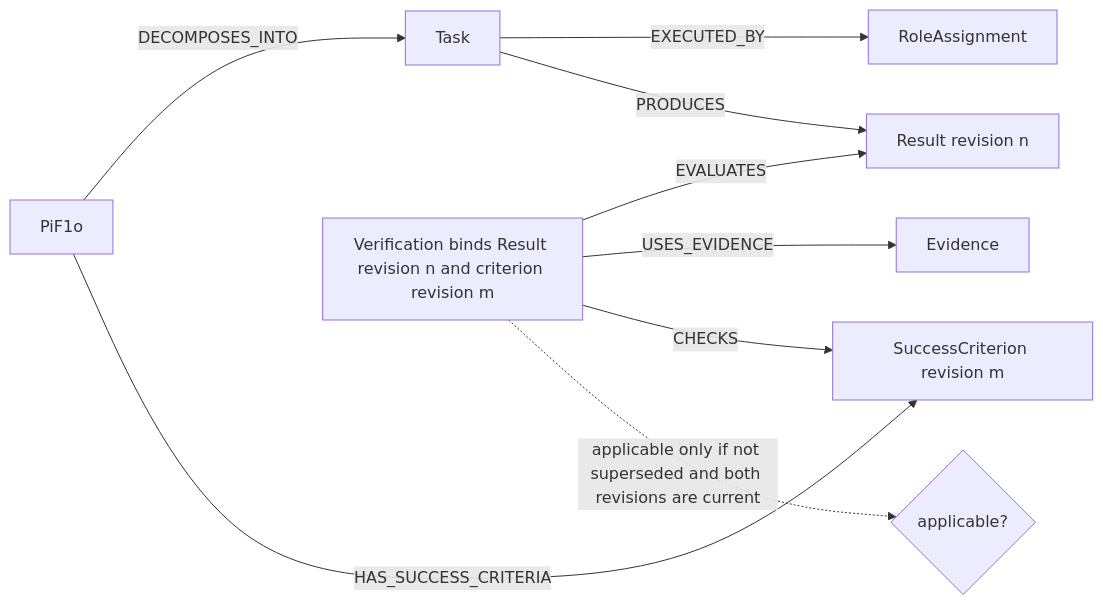
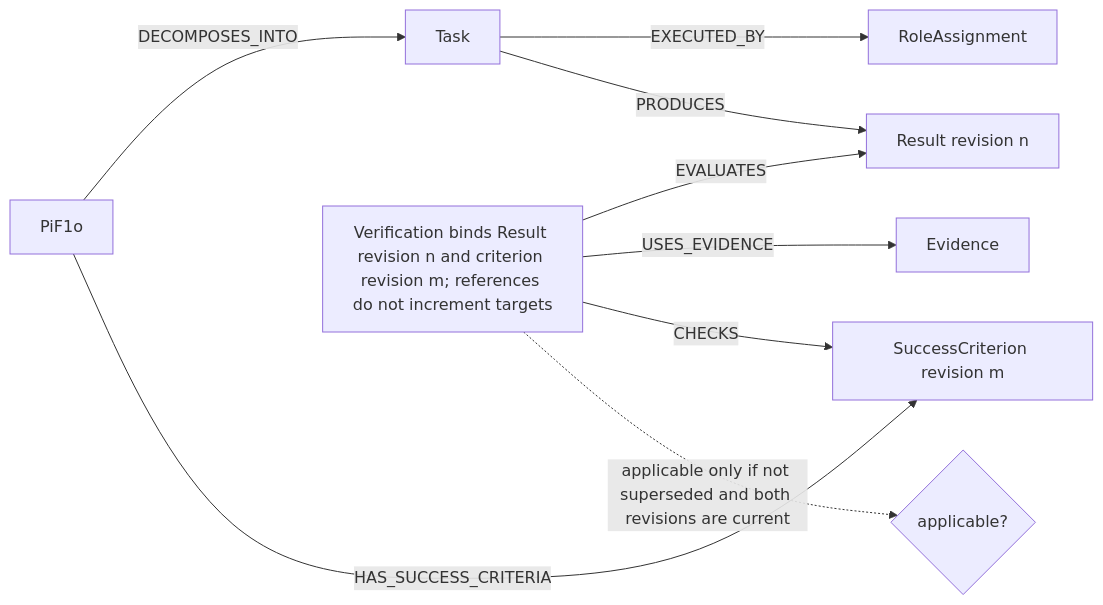
One commit to eeimicke/junaco-jci-loop changed the diagram in docs/diagrams/sources/task-verification.mmd. Above: the diagram before and after it, drawn with Mermaid. The commit also changed 42 other files, not shown here.

```diff
--- a/docs/diagrams/sources/task-verification.mmd
+++ b/docs/diagrams/sources/task-verification.mmd
@@ -1,9 +1,9 @@
 flowchart LR
     PiF1o -->|DECOMPOSES_INTO| Task
     Task -->|EXECUTED_BY| Assignment[RoleAssignment]
     Task -->|PRODUCES| Result[Result revision n]
-    Verification[Verification binds Result revision n and criterion revision m] -->|EVALUATES| Result
+    Verification["Verification binds Result revision n and criterion revision m; references do not increment targets"] -->|EVALUATES| Result
     Verification -->|USES_EVIDENCE| Evidence
     Verification -->|CHECKS| Criterion[SuccessCriterion revision m]
     PiF1o -->|HAS_SUCCESS_CRITERIA| Criterion
     Verification -. applicable only if not superseded and both revisions are current .-> Applicable{applicable?}
```
